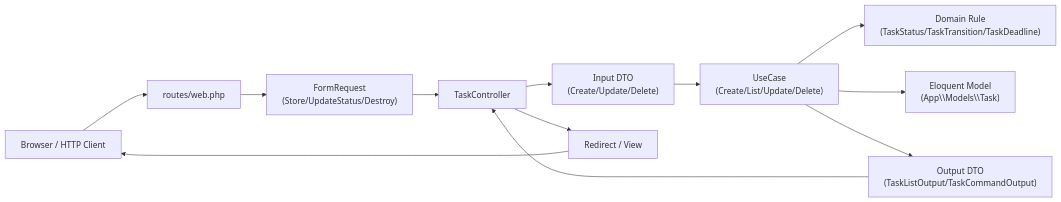
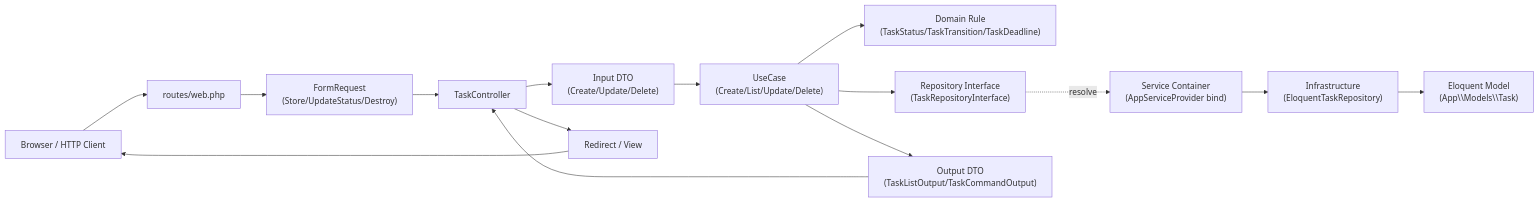
The first of 5 diagrams in docs/task-usecase-data-flow.md (pasgroup/laravel-playground), drawn with Mermaid before and after one commit. The commit also changed other lines of this file and 15 other files, not shown here.

````diff
--- a/docs/task-usecase-data-flow.md
+++ b/docs/task-usecase-data-flow.md
@@ -10,20 +10,24 @@
 ```mermaid
 flowchart LR
     Client["Browser / HTTP Client"]
     Route["routes/web.php"]
     Request["FormRequest\n(Store/UpdateStatus/Destroy)"]
     Controller["TaskController"]
     Input["Input DTO\n(Create/Update/Delete)"]
     UseCase["UseCase\n(Create/List/Update/Delete)"]
     Domain["Domain Rule\n(TaskStatus/TaskTransition/TaskDeadline)"]
+    Port["Repository Interface\n(TaskRepositoryInterface)"]
+    DI["Service Container\n(AppServiceProvider bind)"]
+    Repo["Infrastructure\n(EloquentTaskRepository)"]
     Model["Eloquent Model\n(App\\Models\\Task)"]
     Output["Output DTO\n(TaskListOutput/TaskCommandOutput)"]
     Response["Redirect / View"]
 
     Client --> Route --> Request --> Controller
     Controller --> Input --> UseCase
     UseCase --> Domain
-    UseCase --> Model
+    UseCase --> Port
+    Port -. resolve .-> DI --> Repo --> Model
     UseCase --> Output
     Output --> Controller --> Response --> Client
 ```
````
